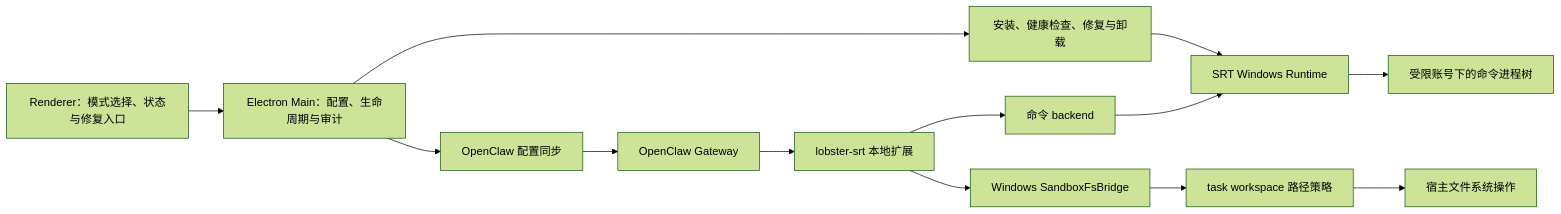
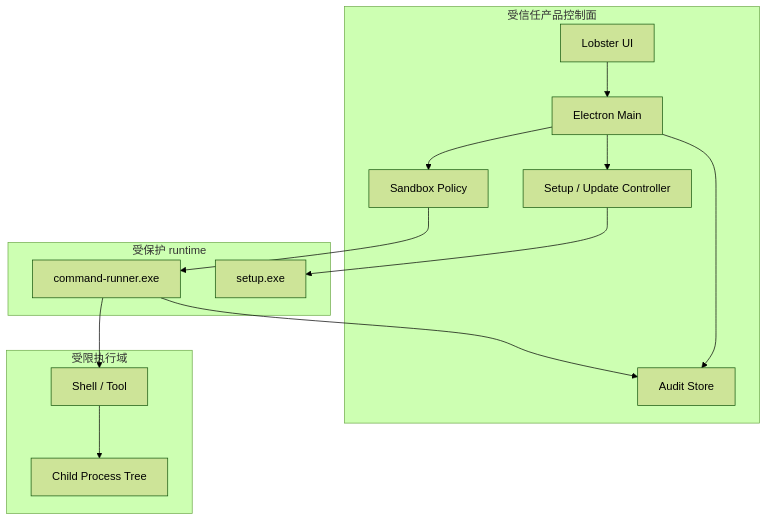
Before and after one commit to JamesHu2002/LobsterAI: the second of 2 diagrams in specs/features/windows-native-sandbox/2026-07-16-windows-native-sandbox-design.md, drawn with Mermaid (forest theme). The commit also changed other lines of this file, not shown here.

Commit message:
docs(sandbox): redesign native sandbox rollout plan

````diff
--- a/specs/features/windows-native-sandbox/2026-07-16-windows-native-sandbox-design.md
+++ b/specs/features/windows-native-sandbox/2026-07-16-windows-native-sandbox-design.md
@@ -145,15 +303,30 @@
 ```mermaid
-flowchart LR
-    UI["Renderer：模式选择、状态与修复入口"] --> MAIN["Electron Main：配置、生命周期与审计"]
-    MAIN --> SYNC["OpenClaw 配置同步"]
-    SYNC --> GW["OpenClaw Gateway"]
-    GW --> PLUGIN["lobster-srt 本地扩展"]
-    PLUGIN --> EXEC["命令 backend"]
-    PLUGIN --> FS["Windows SandboxFsBridge"]
-    EXEC --> SRT["SRT Windows Runtime"]
-    SRT --> PROC["受限账号下的命令进程树"]
-    FS --> POLICY["task workspace 路径策略"]
-    POLICY --> FILES["宿主文件系统操作"]
-    MAIN --> STATUS["安装、健康检查、修复与卸载"]
-    STATUS --> SRT
+flowchart TB
+    subgraph Trusted["受信任产品控制面"]
+        UI["Lobster UI"]
+        MAIN["Electron Main"]
+        POLICY["Sandbox Policy"]
+        AUDIT["Audit Store"]
+        INSTALL["Setup / Update Controller"]
+    end
+
+    subgraph Runtime["受保护 runtime"]
+        SETUP["setup.exe"]
+        RUNNER["command-runner.exe"]
+    end
+
+    subgraph Restricted["受限执行域"]
+        SHELL["Shell / Tool"]
+        CHILD["Child Process Tree"]
+    end
+
+    UI --> MAIN
+    MAIN --> POLICY
+    MAIN --> INSTALL
+    INSTALL --> SETUP
+    POLICY --> RUNNER
+    RUNNER --> SHELL
+    SHELL --> CHILD
+    MAIN --> AUDIT
+    RUNNER --> AUDIT
 ```
````
